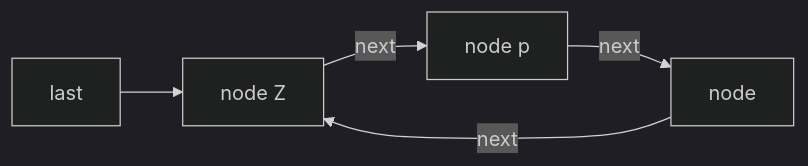
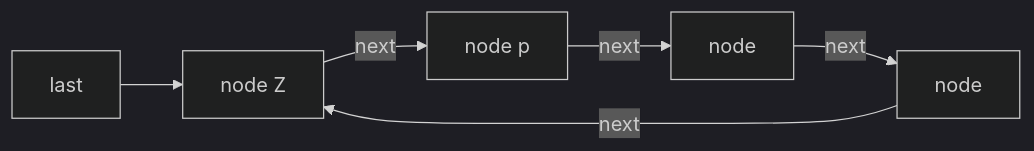
One commit to ChrisW-priv/PersonalVault changed the diagram in zettelkasten/Circular Singly Linked List.md. Above: the diagram before and after it, drawn with Mermaid (dark theme). The commit also changed 3 other files, not shown here.

````diff
--- a/zettelkasten/Circular Singly Linked List.md
+++ b/zettelkasten/Circular Singly Linked List.md
@@ -6,4 +6,4 @@
 ```mermaid
-flowchart LR
-    A[last] --> B[node Z] -->|next| C[node p] -->|next| D[node] -->|next| B
+graph LR
+    last-->B[node Z] -->|next| C[node p] -->|next| D[node] -->|next| E[node] -->|next| B
 ```
````
